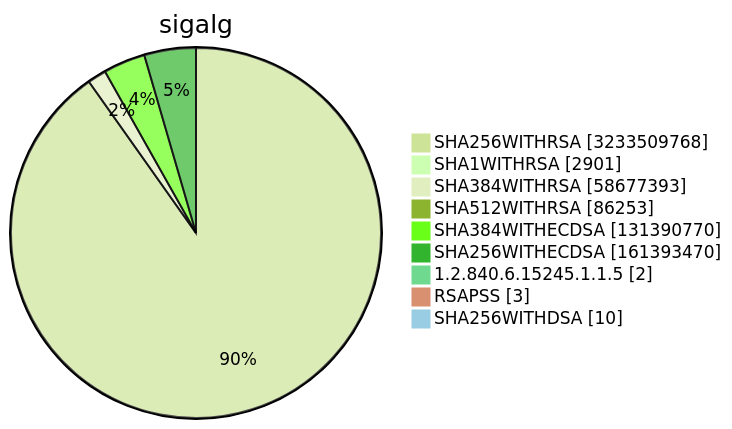
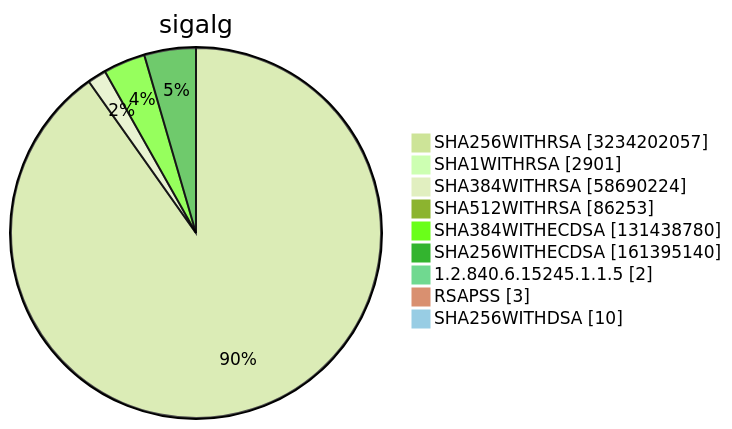
One commit to christiankrug/ctmonitor_visualization changed diagram 15 of 15 in TOTAL/README.md. Above: the diagram before and after it, drawn with Mermaid (forest theme). The commit also changed other lines of this file, not shown here.

````diff
--- a/TOTAL/README.md
+++ b/TOTAL/README.md
@@ -6217,13 +6217,13 @@
 ```mermaid
 pie showData
 title sigalg
-"SHA256WITHRSA" :3233509768
+"SHA256WITHRSA" :3234202057
 "SHA1WITHRSA" :2901
-"SHA384WITHRSA" :58677393
+"SHA384WITHRSA" :58690224
 "SHA512WITHRSA" :86253
-"SHA384WITHECDSA" :131390770
-"SHA256WITHECDSA" :161393470
+"SHA384WITHECDSA" :131438780
+"SHA256WITHECDSA" :161395140
 "1.2.840.6.15245.1.1.5" :2
 "RSAPSS" :3
 "SHA256WITHDSA" :10
 ```
````
